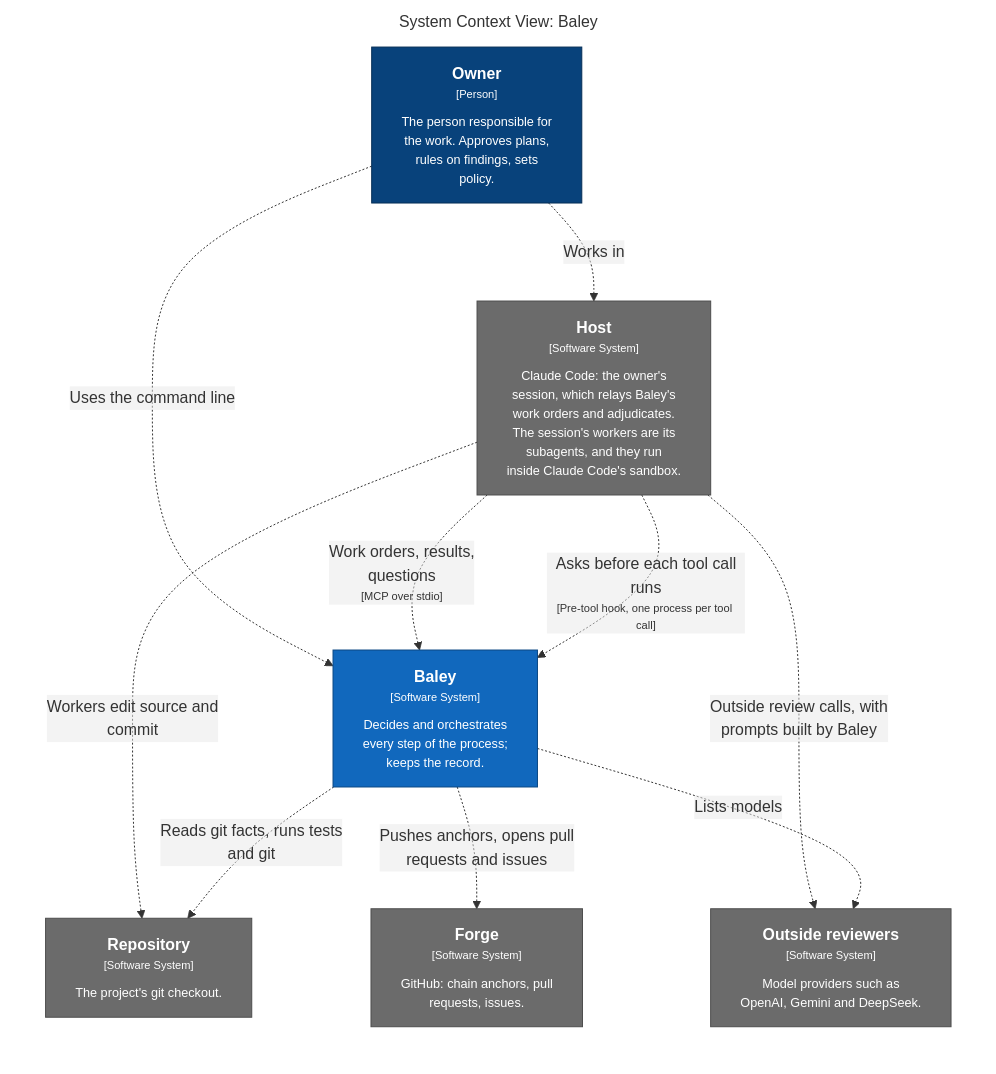
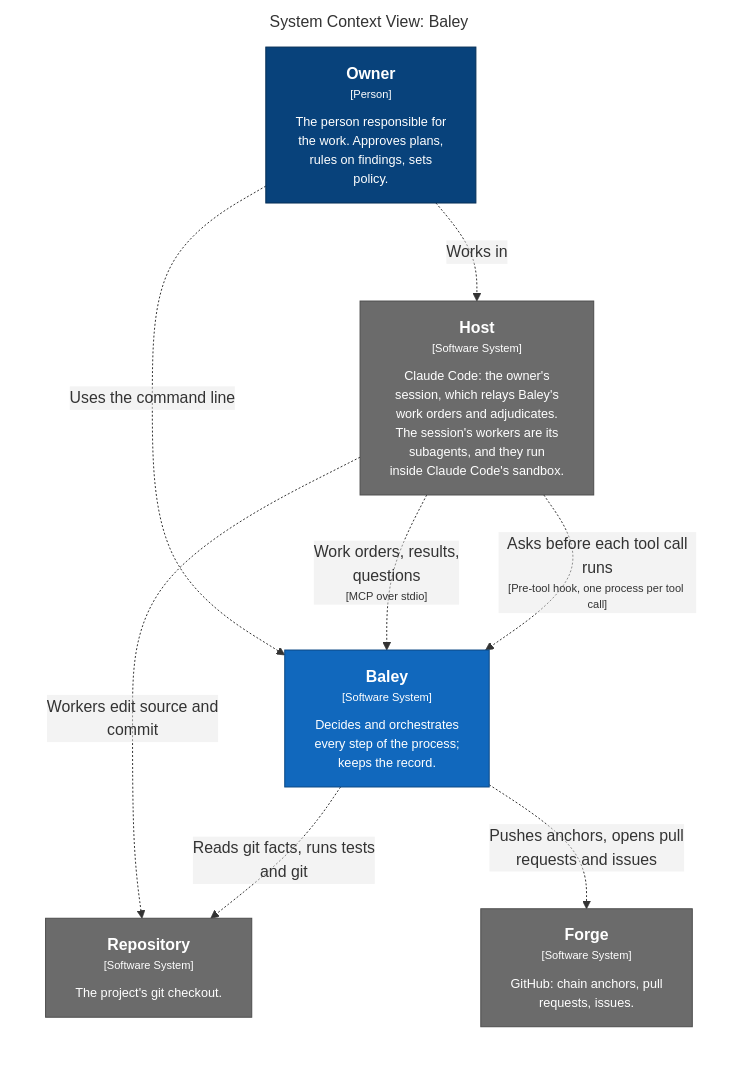
The first of 4 diagrams in docs/design/0002-system-design.md (crenshawdev/baley), drawn with Mermaid before and after one commit. The commit also changed other lines of this file and 5 other files, not shown here.

First line of the commit message:
docs(design): move credentials and model fetching to the session

````diff
--- a/docs/design/0002-system-design.md
+++ b/docs/design/0002-system-design.md
@@ -51,32 +51,28 @@
 ```mermaid
 graph LR
   linkStyle default fill:none
 
   subgraph diagram ["System Context View: Baley"]
     style diagram fill:none,stroke:none
 
     1["<div style='font-weight: bold'>Owner</div><div style='font-size: 70%; margin-top: 0px'>[Person]</div><div style='font-size: 80%; margin-top:10px'>The person responsible for<br />the work. Approves plans,<br />rules on findings, sets<br />policy.</div>"]
     style 1 fill:#08427b,stroke:#052e56,color:#ffffff
-    15["<div style='font-weight: bold'>Host</div><div style='font-size: 70%; margin-top: 0px'>[Software System]</div><div style='font-size: 80%; margin-top:10px'>Claude Code: the owner's<br />session, which relays Baley's<br />work orders and adjudicates.<br />The session's workers are its<br />subagents, and they run<br />inside Claude Code's sandbox.</div>"]
+    13["<div style='font-weight: bold'>Host</div><div style='font-size: 70%; margin-top: 0px'>[Software System]</div><div style='font-size: 80%; margin-top:10px'>Claude Code: the owner's<br />session, which relays Baley's<br />work orders and adjudicates.<br />The session's workers are its<br />subagents, and they run<br />inside Claude Code's sandbox.</div>"]
+    style 13 fill:#6b6b6b,stroke:#4d4d4d,color:#ffffff
+    14["<div style='font-weight: bold'>Repository</div><div style='font-size: 70%; margin-top: 0px'>[Software System]</div><div style='font-size: 80%; margin-top:10px'>The project's git checkout.</div>"]
+    style 14 fill:#6b6b6b,stroke:#4d4d4d,color:#ffffff
+    15["<div style='font-weight: bold'>Forge</div><div style='font-size: 70%; margin-top: 0px'>[Software System]</div><div style='font-size: 80%; margin-top:10px'>GitHub: chain anchors, pull<br />requests, issues.</div>"]
     style 15 fill:#6b6b6b,stroke:#4d4d4d,color:#ffffff
-    16["<div style='font-weight: bold'>Repository</div><div style='font-size: 70%; margin-top: 0px'>[Software System]</div><div style='font-size: 80%; margin-top:10px'>The project's git checkout.</div>"]
-    style 16 fill:#6b6b6b,stroke:#4d4d4d,color:#ffffff
-    17["<div style='font-weight: bold'>Forge</div><div style='font-size: 70%; margin-top: 0px'>[Software System]</div><div style='font-size: 80%; margin-top:10px'>GitHub: chain anchors, pull<br />requests, issues.</div>"]
-    style 17 fill:#6b6b6b,stroke:#4d4d4d,color:#ffffff
-    18["<div style='font-weight: bold'>Outside reviewers</div><div style='font-size: 70%; margin-top: 0px'>[Software System]</div><div style='font-size: 80%; margin-top:10px'>Model providers such as<br />OpenAI, Gemini and DeepSeek.</div>"]
-    style 18 fill:#6b6b6b,stroke:#4d4d4d,color:#ffffff
     2["<div style='font-weight: bold'>Baley</div><div style='font-size: 70%; margin-top: 0px'>[Software System]</div><div style='font-size: 80%; margin-top:10px'>Decides and orchestrates<br />every step of the process;<br />keeps the record.</div>"]
     style 2 fill:#1168bd,stroke:#0b4884,color:#ffffff
 
-    1-. "<div>Works in</div><div style='font-size: 70%'></div>" .->15
+    1-. "<div>Works in</div><div style='font-size: 70%'></div>" .->13
     1-. "<div>Uses the command line</div><div style='font-size: 70%'></div>" .->2
-    15-. "<div>Work orders, results,<br />questions</div><div style='font-size: 70%'>[MCP over stdio]</div>" .->2
-    15-. "<div>Asks before each tool call<br />runs</div><div style='font-size: 70%'>[Pre-tool hook, one process per tool call]</div>" .->2
-    15-. "<div>Workers edit source and<br />commit</div><div style='font-size: 70%'></div>" .->16
-    15-. "<div>Outside review calls, with<br />prompts built by Baley</div><div style='font-size: 70%'></div>" .->18
-    2-. "<div>Lists models</div><div style='font-size: 70%'></div>" .->18
-    2-. "<div>Reads git facts, runs tests<br />and git</div><div style='font-size: 70%'></div>" .->16
-    2-. "<div>Pushes anchors, opens pull<br />requests and issues</div><div style='font-size: 70%'></div>" .->17
+    13-. "<div>Work orders, results,<br />questions</div><div style='font-size: 70%'>[MCP over stdio]</div>" .->2
+    13-. "<div>Asks before each tool call<br />runs</div><div style='font-size: 70%'>[Pre-tool hook, one process per tool call]</div>" .->2
+    13-. "<div>Workers edit source and<br />commit</div><div style='font-size: 70%'></div>" .->14
+    2-. "<div>Reads git facts, runs tests<br />and git</div><div style='font-size: 70%'></div>" .->14
+    2-. "<div>Pushes anchors, opens pull<br />requests and issues</div><div style='font-size: 70%'></div>" .->15
 
   end
 ```
````
